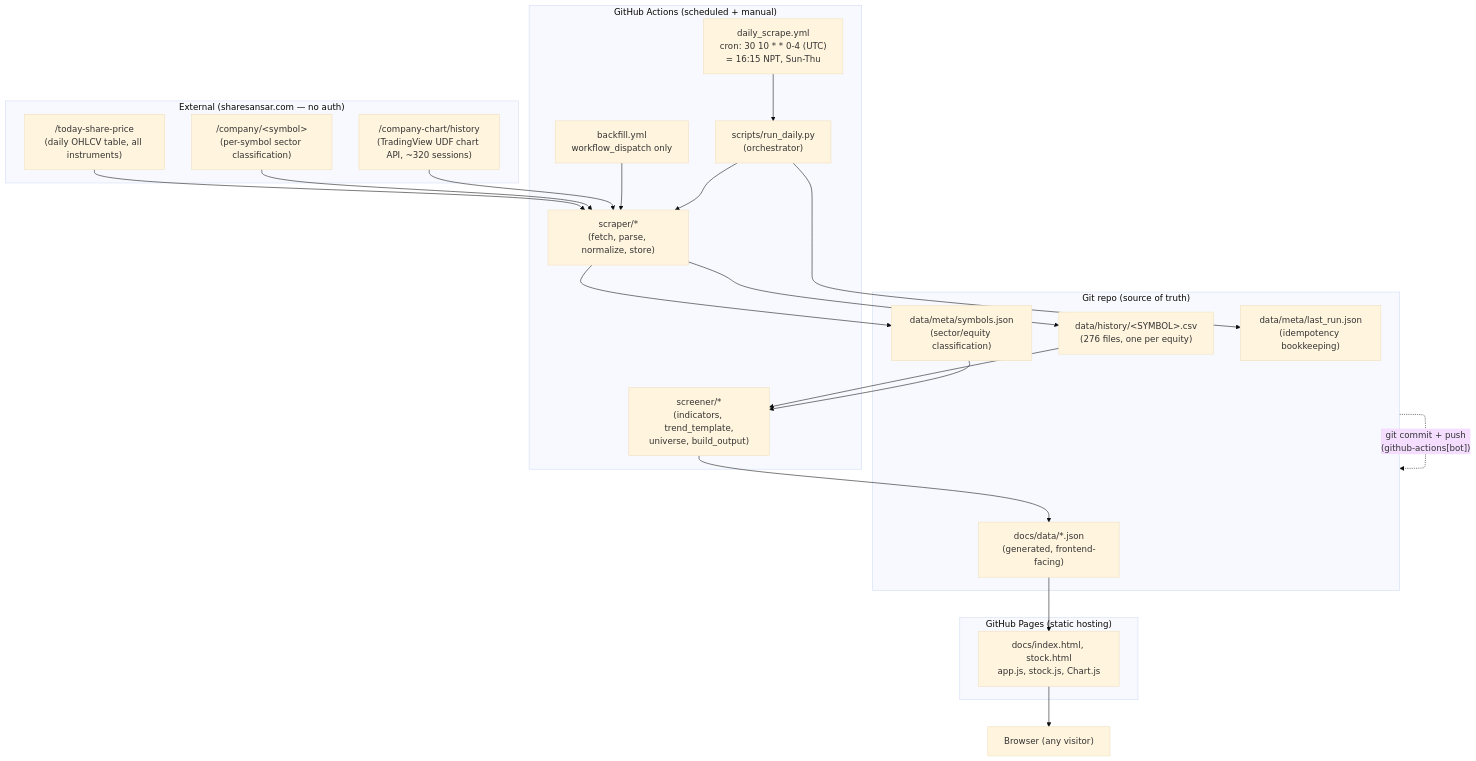
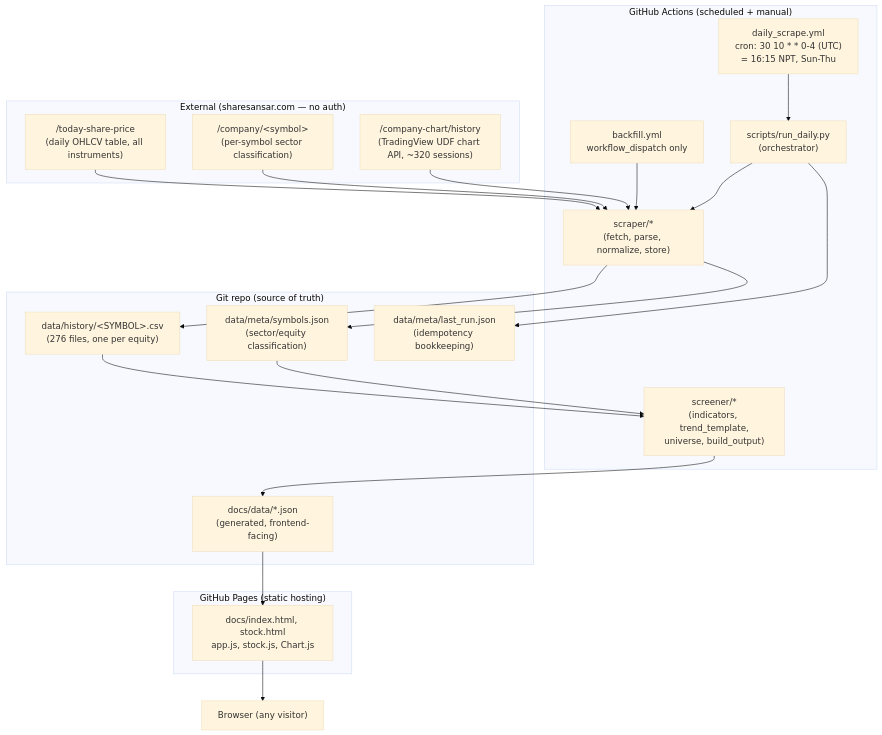
The first of 2 diagrams in TECHNICAL_DESIGN.md (Sujangyawali/nepse-stage2-screener), drawn with Mermaid (base theme) before and after one commit. The commit also changed other lines of this file, not shown here.

Commit message:
Fix mermaid syntax issues in TECHNICAL_DESIGN.md diagrams

````diff
--- a/TECHNICAL_DESIGN.md
+++ b/TECHNICAL_DESIGN.md
@@ -31,44 +31,43 @@
 ```mermaid
 flowchart TB
     subgraph External["External (sharesansar.com — no auth)"]
         A1["/today-share-price\n(daily OHLCV table, all instruments)"]
         A2["/company/&lt;symbol&gt;\n(per-symbol sector classification)"]
         A3["/company-chart/history\n(TradingView UDF chart API, ~320 sessions)"]
     end
 
     subgraph CI["GitHub Actions (scheduled + manual)"]
         B1["daily_scrape.yml\ncron: 30 10 * * 0-4 (UTC)\n= 16:15 NPT, Sun-Thu"]
         B2["backfill.yml\nworkflow_dispatch only"]
         C["scripts/run_daily.py\n(orchestrator)"]
         D["scraper/*\n(fetch, parse, normalize, store)"]
         E["screener/*\n(indicators, trend_template,\nuniverse, build_output)"]
     end
 
     subgraph Repo["Git repo (source of truth)"]
         F1["data/history/&lt;SYMBOL&gt;.csv\n(276 files, one per equity)"]
         F2["data/meta/symbols.json\n(sector/equity classification)"]
         F3["data/meta/last_run.json\n(idempotency bookkeeping)"]
         F4["docs/data/*.json\n(generated, frontend-facing)"]
     end
 
     subgraph Pages["GitHub Pages (static hosting)"]
         G["docs/index.html, stock.html\napp.js, stock.js, Chart.js"]
     end
 
     H["Browser (any visitor)"]
 
     A1 --> D
     A2 --> D
     A3 --> D
     B1 --> C
     B2 --> D
     C --> D --> F1
     D --> F2
     C --> F3
     F1 --> E
     F2 --> E
     E --> F4
     F4 --> G
     G --> H
-    Repo -. "git commit + push\n(github-actions[bot])" .-> Repo
 ```
````
